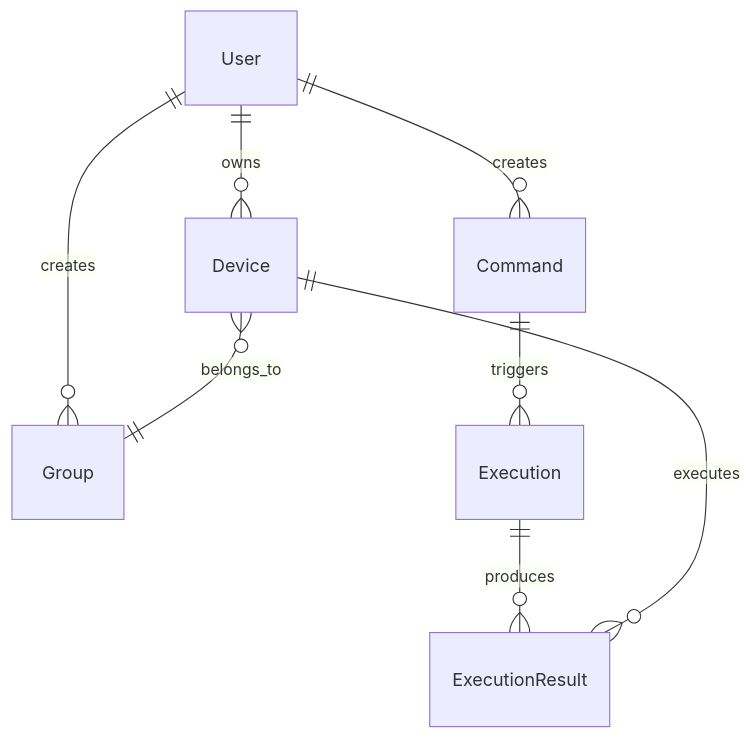
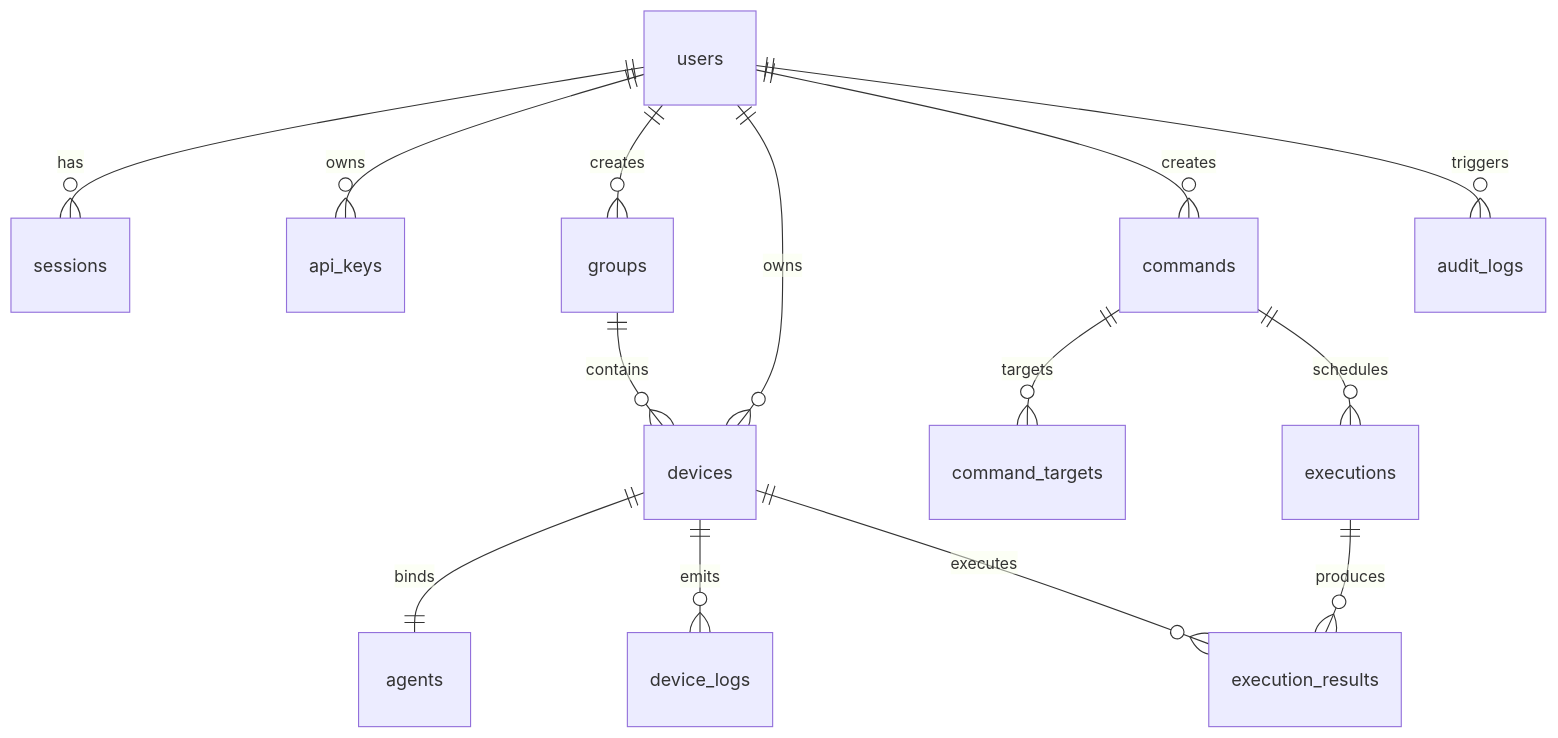
Before and after one commit to XRSec/Cslite: the diagram in docs/server/data-models.md, drawn with Mermaid. The commit also changed other lines of this file and 186 other files, not shown here.

````diff
--- a/docs/server/data-models.md
+++ b/docs/server/data-models.md
@@ -10,10 +11,16 @@
 ```mermaid
 erDiagram
-    User ||--o{ Device : owns
-    User ||--o{ Command : creates
-    User ||--o{ Group : creates
-    Device }o--|| Group : belongs_to
-    Command ||--o{ Execution : triggers
-    Execution ||--o{ ExecutionResult : produces
-    Device ||--o{ ExecutionResult : executes
+    users ||--o{ sessions : has
+    users ||--o{ api_keys : owns
+    users ||--o{ groups : creates
+    users ||--o{ devices : owns
+    users ||--o{ commands : creates
+    users ||--o{ audit_logs : triggers
+    groups ||--o{ devices : contains
+    devices ||--|| agents : binds
+    devices ||--o{ device_logs : emits
+    commands ||--o{ command_targets : targets
+    commands ||--o{ executions : schedules
+    executions ||--o{ execution_results : produces
+    devices ||--o{ execution_results : executes
 ```
````
